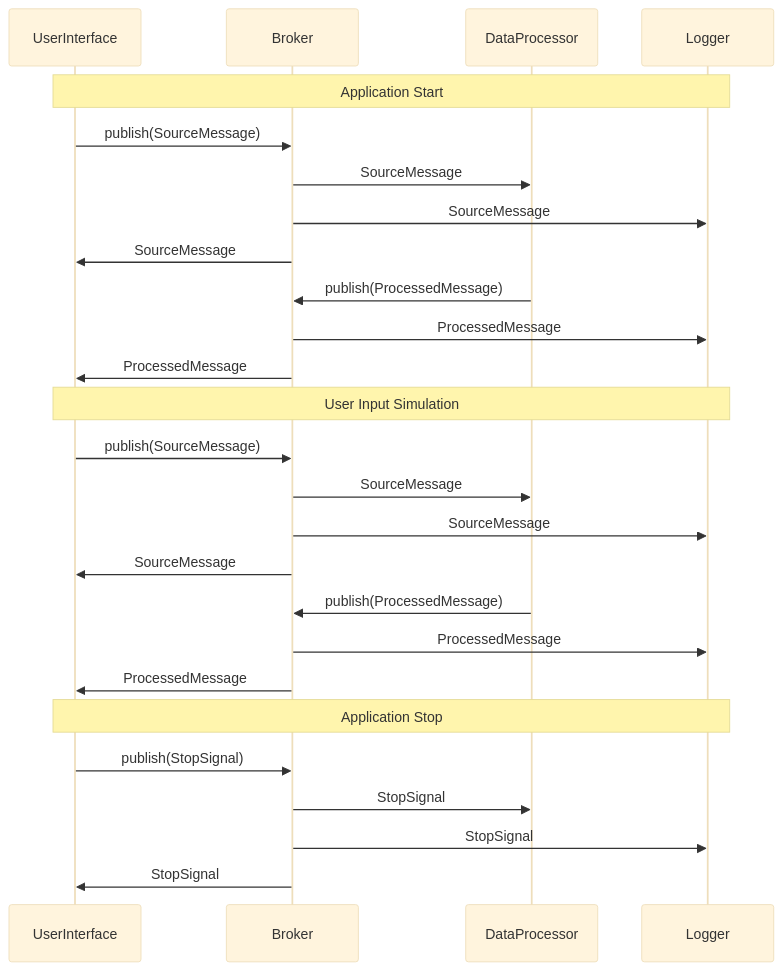
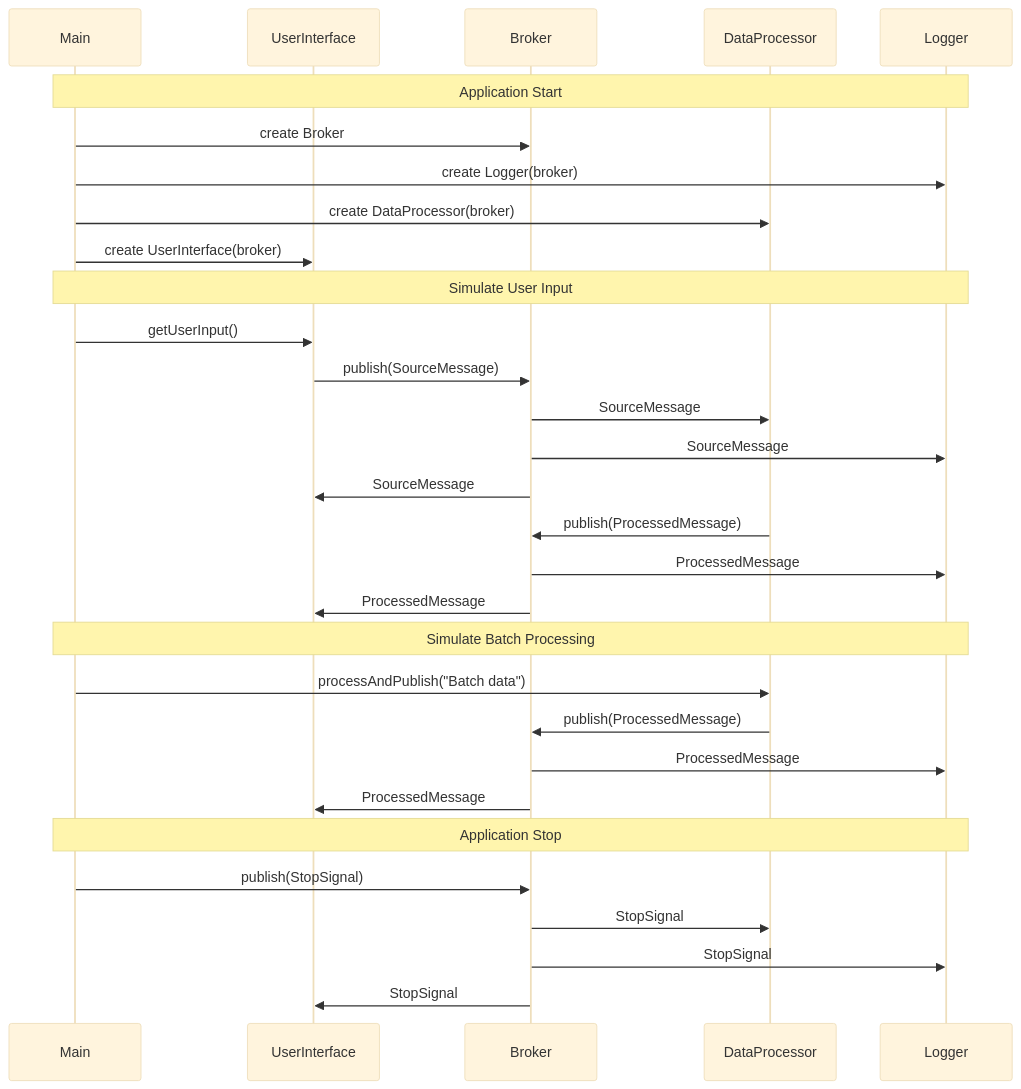
The diagram in demo3_sequence_diagram.md (jerzydziewierz/cfabric), drawn with Mermaid (base theme) before and after one commit. The commit also changed other lines of this file, not shown here.

Commit message:
feat: Add 'Main' actor and adjust sequence in demo3_sequence_diagram.md

````diff
--- a/demo3_sequence_diagram.md
+++ b/demo3_sequence_diagram.md
@@ -3,36 +3,37 @@
 ```mermaid
 sequenceDiagram
+    participant M as Main
     participant UI as UserInterface
     participant B as Broker
     participant DP as DataProcessor
     participant L as Logger
 
-    Note over UI,L: Application Start
+    Note over M,L: Application Start
+    M->>B: create Broker
+    M->>L: create Logger(broker)
+    M->>DP: create DataProcessor(broker)
+    M->>UI: create UserInterface(broker)
 
+    Note over M,L: Simulate User Input
+    M->>UI: getUserInput()
     UI->>B: publish(SourceMessage)
     B->>DP: SourceMessage
     B->>L: SourceMessage
     B->>UI: SourceMessage
 
     DP->>B: publish(ProcessedMessage)
     B->>L: ProcessedMessage
     B->>UI: ProcessedMessage
 
-    Note over UI,L: User Input Simulation
-
-    UI->>B: publish(SourceMessage)
-    B->>DP: SourceMessage
-    B->>L: SourceMessage
-    B->>UI: SourceMessage
-
+    Note over M,L: Simulate Batch Processing
+    M->>DP: processAndPublish("Batch data")
     DP->>B: publish(ProcessedMessage)
     B->>L: ProcessedMessage
     B->>UI: ProcessedMessage
 
-    Note over UI,L: Application Stop
-
-    UI->>B: publish(StopSignal)
+    Note over M,L: Application Stop
+    M->>B: publish(StopSignal)
     B->>DP: StopSignal
     B->>L: StopSignal
     B->>UI: StopSignal
 ```
````
